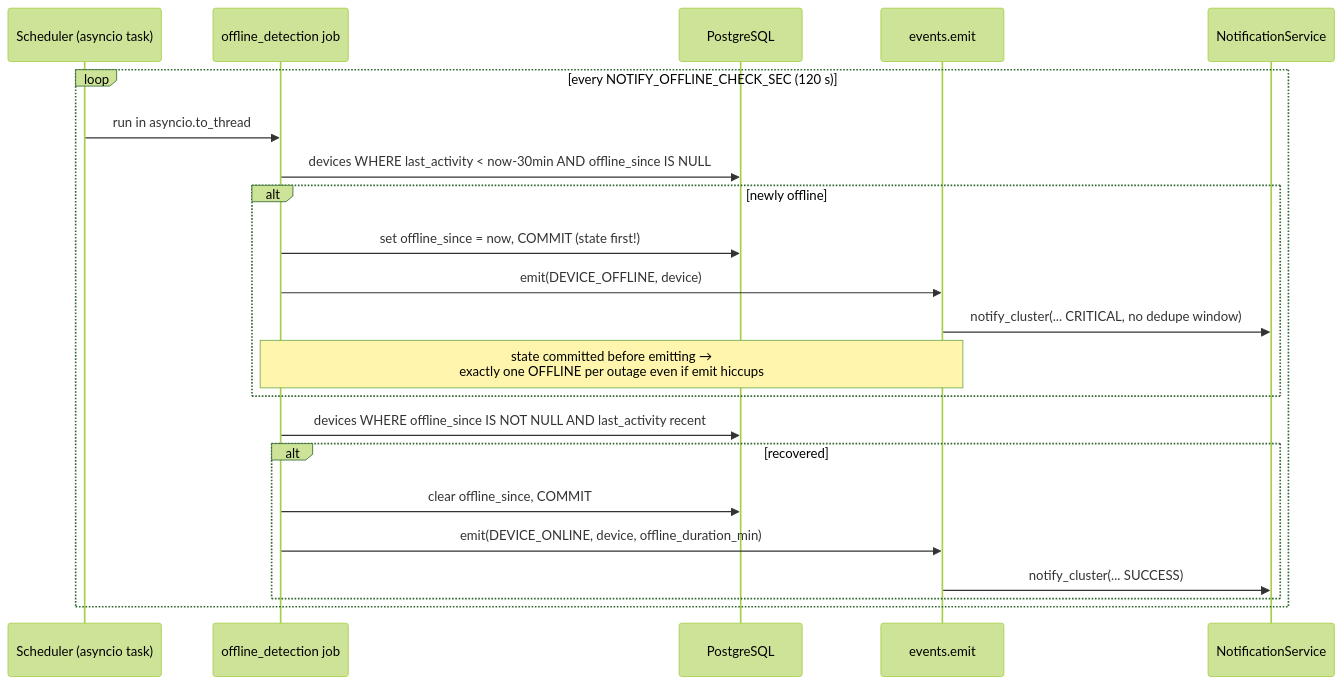
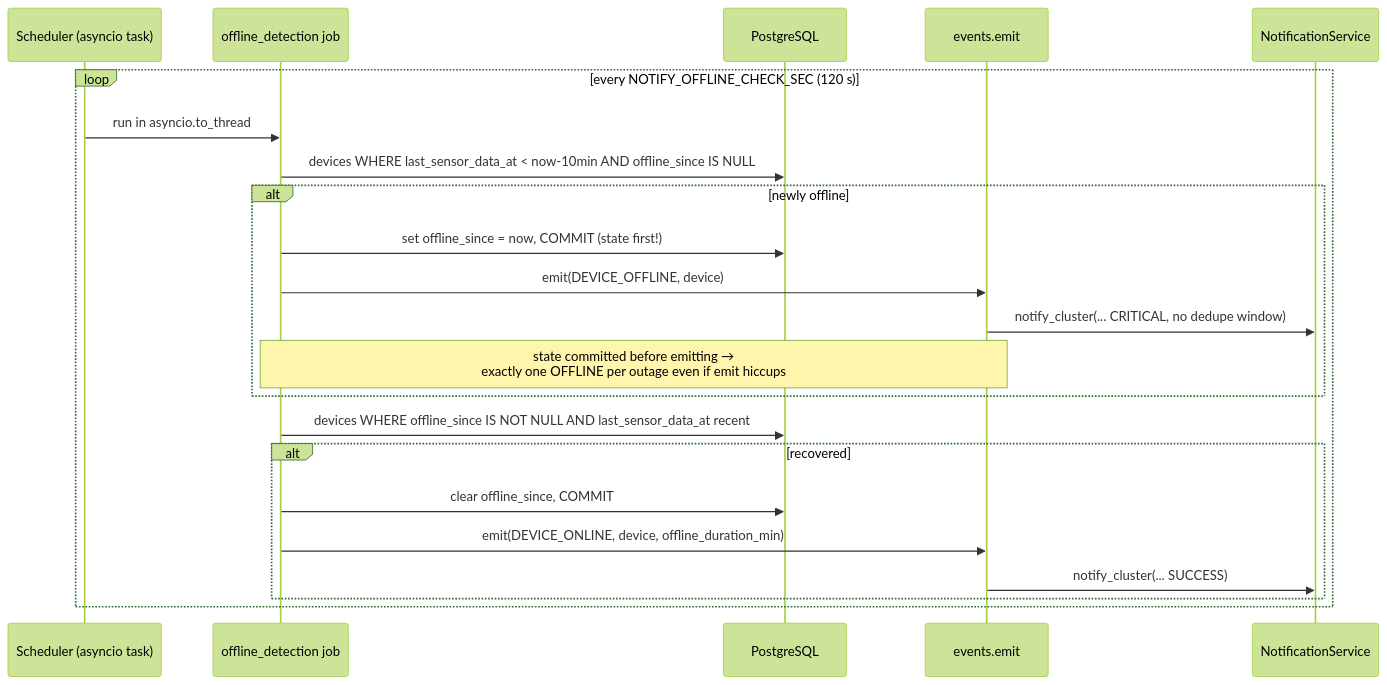
One commit to Ackahkelvin45/mosquito_dashboard_be changed the second of 4 diagrams in docs/notifications/EVENT_FLOWS.md. Above: the diagram before and after it, drawn with Mermaid (forest theme). The commit also changed other lines of this file and 60 other files, not shown here.

````diff
--- a/docs/notifications/EVENT_FLOWS.md
+++ b/docs/notifications/EVENT_FLOWS.md
@@ -134,25 +134,25 @@
 ```mermaid
 sequenceDiagram
     participant Sch as Scheduler (asyncio task)
     participant J as offline_detection job
     participant DB as PostgreSQL
     participant E as events.emit
     participant S as NotificationService
 
     loop every NOTIFY_OFFLINE_CHECK_SEC (120 s)
         Sch->>J: run in asyncio.to_thread
-        J->>DB: devices WHERE last_activity < now-30min AND offline_since IS NULL
+        J->>DB: devices WHERE last_sensor_data_at < now-10min AND offline_since IS NULL
         alt newly offline
             J->>DB: set offline_since = now, COMMIT (state first!)
             J->>E: emit(DEVICE_OFFLINE, device)
             E->>S: notify_cluster(... CRITICAL, no dedupe window)
             Note over J,E: state committed before emitting →<br/>exactly one OFFLINE per outage even if emit hiccups
         end
-        J->>DB: devices WHERE offline_since IS NOT NULL AND last_activity recent
+        J->>DB: devices WHERE offline_since IS NOT NULL AND last_sensor_data_at recent
         alt recovered
             J->>DB: clear offline_since, COMMIT
             J->>E: emit(DEVICE_ONLINE, device, offline_duration_min)
             E->>S: notify_cluster(... SUCCESS)
         end
     end
 ```
````
